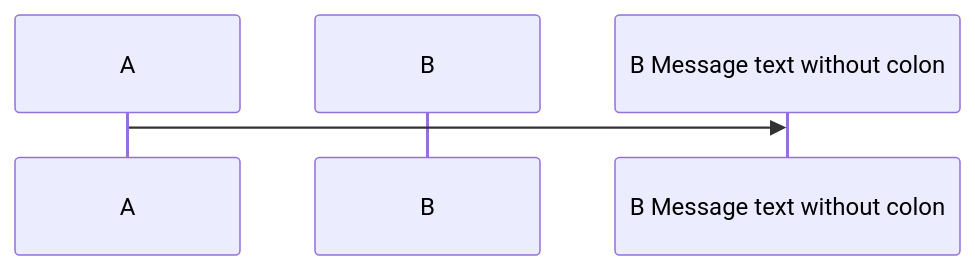
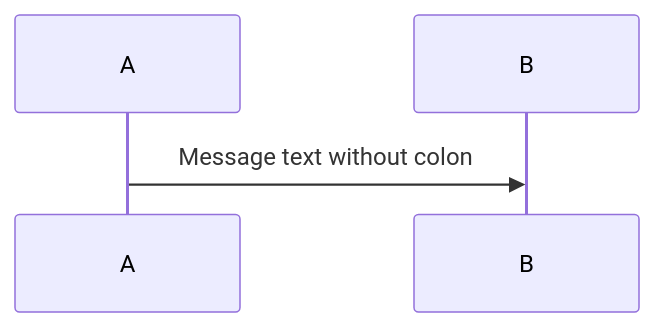
Before and after one commit to probelabs/mermaid-lint: diagram 19 of 27 in test-fixtures/sequence/INVALID_DIAGRAMS.md, drawn with Mermaid. The commit also changed other lines of this file, not shown here.

Commit message:
docs(previews): update sequence INVALID_DIAGRAMS after improved colon autofixes

````diff
--- a/test-fixtures/sequence/INVALID_DIAGRAMS.md
+++ b/test-fixtures/sequence/INVALID_DIAGRAMS.md
@@ -918,8 +918,8 @@
 ```mermaid
 sequenceDiagram
   participant A
   participant B
-  A->>B Message text without colon: 
+  A->>B : Message text without colon
 
 
 ```
````
